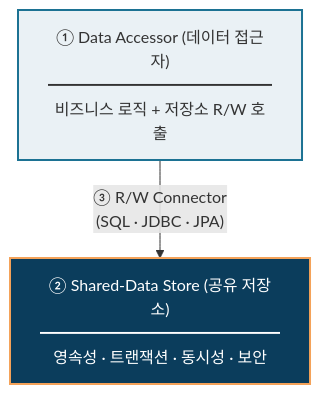
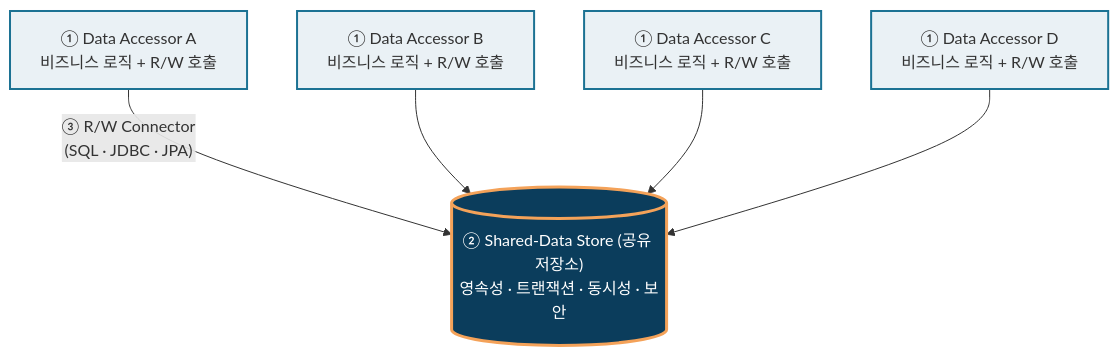
One commit to slipknot-yang/sw-architecture changed the fourth of 6 diagrams in SW아키텍처설계_2604_양광모.md. Above: the diagram before and after it, drawn with Mermaid. The commit also changed other lines of this file, not shown here.

First line of the commit message:
docs: 3.1 다이어그램·3.3 코드 매핑 가독성 개선

````diff
--- a/SW아키텍처설계_2604_양광모.md
+++ b/SW아키텍처설계_2604_양광모.md
@@ -114,9 +114,19 @@
 ```mermaid
 flowchart TB
-    DA["① Data Accessor (데이터 접근자)<br/>━━━━━━━━━━━━━━<br/>비즈니스 로직 + 저장소 R/W 호출"]
-    DA -->|"③ R/W Connector<br/>(SQL · JDBC · JPA)"| DS
-    DS["② Shared-Data Store (공유 저장소)<br/>━━━━━━━━━━━━━━━<br/>영속성 · 트랜잭션 · 동시성 · 보안"]
+    DA1["① Data Accessor A<br/>비즈니스 로직 + R/W 호출"]
+    DA2["① Data Accessor B<br/>비즈니스 로직 + R/W 호출"]
+    DA3["① Data Accessor C<br/>비즈니스 로직 + R/W 호출"]
+    DA4["① Data Accessor D<br/>비즈니스 로직 + R/W 호출"]
+    DS[("② Shared-Data Store (공유 저장소)<br/>영속성 · 트랜잭션 · 동시성 · 보안")]
 
-    style DA fill:#EAF1F5,stroke:#1C7293,stroke-width:2px
-    style DS fill:#0B3D5C,color:#fff,stroke:#F4A259,stroke-width:2px
+    DA1 -->|"③ R/W Connector<br/>(SQL · JDBC · JPA)"| DS
+    DA2 --> DS
+    DA3 --> DS
+    DA4 --> DS
+
+    style DA1 fill:#EAF1F5,stroke:#1C7293,stroke-width:2px
+    style DA2 fill:#EAF1F5,stroke:#1C7293,stroke-width:2px
+    style DA3 fill:#EAF1F5,stroke:#1C7293,stroke-width:2px
+    style DA4 fill:#EAF1F5,stroke:#1C7293,stroke-width:2px
+    style DS fill:#0B3D5C,color:#fff,stroke:#F4A259,stroke-width:3px
 ```
````
